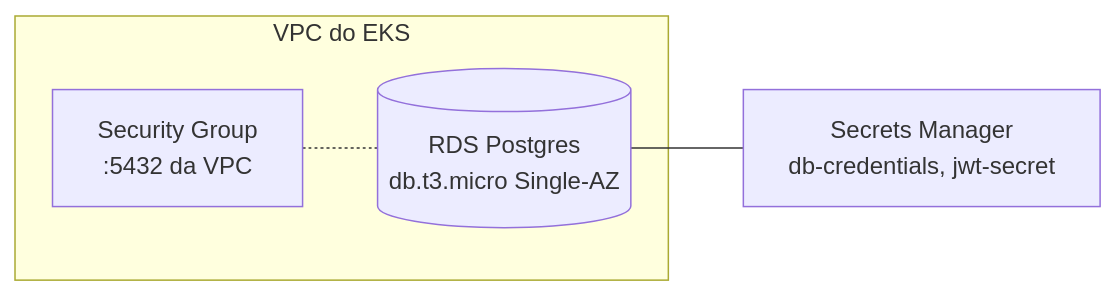
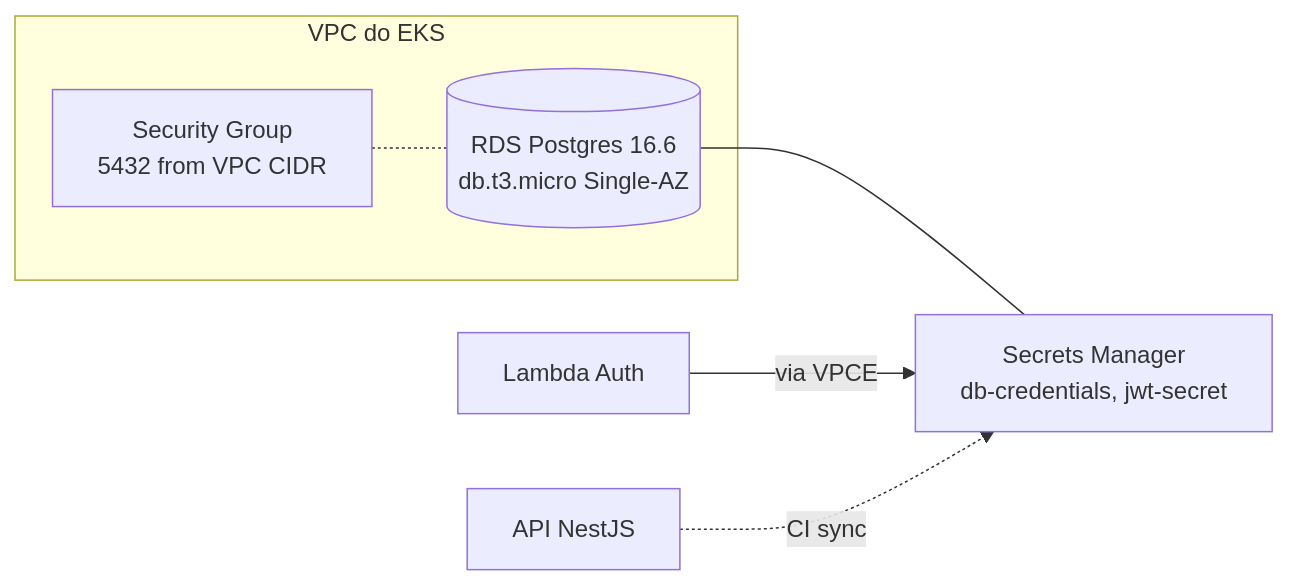
Before and after one commit to arthurfcs98/fiap-fase3-infra-db: the diagram in README.md, drawn with Mermaid. The commit also changed other lines of this file, not shown here.

````diff
--- a/README.md
+++ b/README.md
@@ -15,10 +21,12 @@
 ```mermaid
 flowchart LR
     subgraph VPC[VPC do EKS]
-        SG[Security Group<br/>:5432 da VPC]
-        RDS[(RDS Postgres<br/>db.t3.micro Single-AZ)]
+        SG[Security Group<br/>5432 from VPC CIDR]
+        RDS[(RDS Postgres 16.6<br/>db.t3.micro Single-AZ)]
         SG -.- RDS
     end
     SM[Secrets Manager<br/>db-credentials, jwt-secret]
     RDS --- SM
+    L[Lambda Auth] -->|via VPCE| SM
+    API[API NestJS] -.->|CI sync| SM
 ```
````
